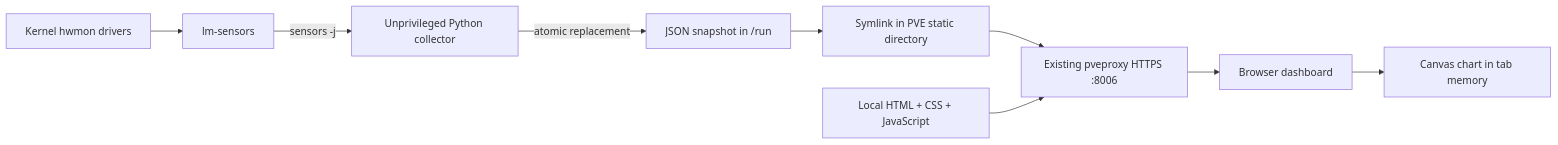
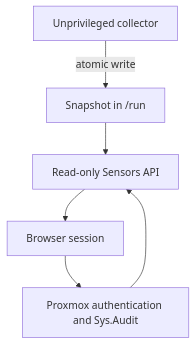
One commit to tarapiygin/pve-sensors-live changed the diagram in README.md. Above: the diagram before and after it, drawn with Mermaid. The commit also changed other lines of this file and 16 other files, not shown here.

First line of the commit message:
Protect sensor readings with Proxmox authentication and node Sys.Audit (#4)

````diff
--- a/README.md
+++ b/README.md
@@ -105,11 +105,8 @@
 ```mermaid
-flowchart LR
-    H[Kernel hwmon drivers] --> L[lm-sensors]
-    L -->|sensors -j| C[Unprivileged Python collector]
-    C -->|atomic replacement| J[JSON snapshot in /run]
-    J --> S[Symlink in PVE static directory]
-    S --> P[Existing pveproxy HTTPS :8006]
-    W[Local HTML + CSS + JavaScript] --> P
-    P --> B[Browser dashboard]
-    B --> G[Canvas chart in tab memory]
+flowchart TD
+    C[Unprivileged collector] -->|atomic write| J[Snapshot in /run]
+    B[Browser session] --> A[Proxmox authentication and Sys.Audit]
+    A --> R[Read-only Sensors API]
+    J --> R
+    R --> B
 ```
````
